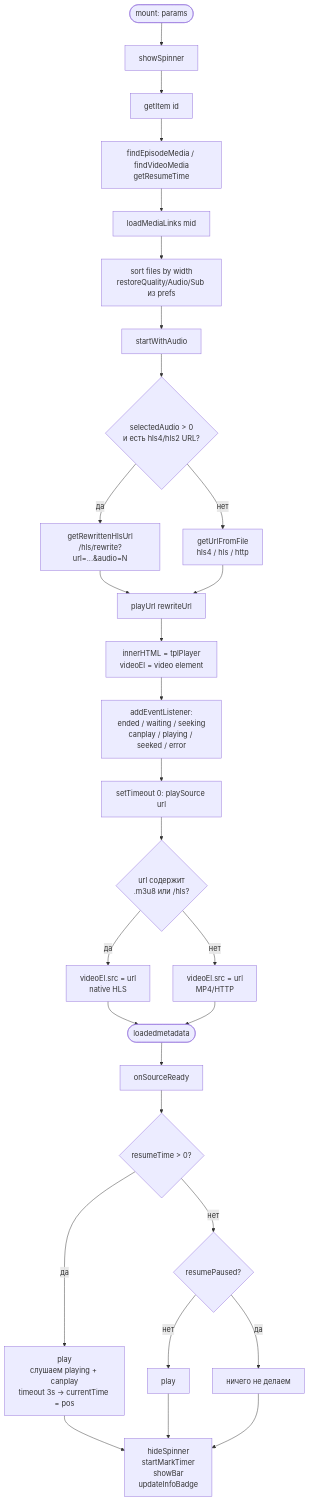
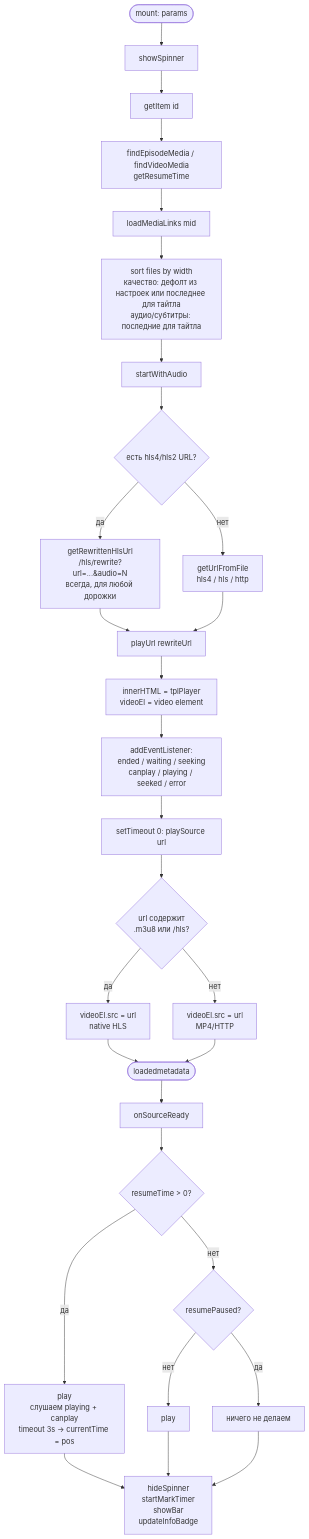
Before and after one commit to stdray/yobapub: the first of 6 diagrams in doc/player-flow.md, drawn with Mermaid. The commit also changed other lines of this file and 1 other file, not shown here.

Commit message:
fix(front): always route HLS through /hls/rewrite regardless of audio index

````diff
--- a/doc/player-flow.md
+++ b/doc/player-flow.md
@@ -5,37 +5,37 @@
 ```mermaid
 flowchart TD
     A([mount: params]) --> B[showSpinner]
     B --> C[getItem id]
     C --> D[findEpisodeMedia / findVideoMedia\ngetResumeTime]
     D --> E[loadMediaLinks mid]
-    E --> F[sort files by width\nrestoreQuality/Audio/Sub из prefs]
+    E --> F[sort files by width\nкачество: дефолт из настроек или последнее для тайтла\nаудио/субтитры: последние для тайтла]
     F --> G[startWithAudio]
 
-    G --> H{selectedAudio > 0\nи есть hls4/hls2 URL?}
-    H -- да --> I[getRewrittenHlsUrl\n/hls/rewrite?url=...&audio=N]
+    G --> H{есть hls4/hls2 URL?}
+    H -- да --> I[getRewrittenHlsUrl\n/hls/rewrite?url=...&audio=N\nвсегда, для любой дорожки]
     H -- нет --> J[getUrlFromFile\nhls4 / hls / http]
     I --> K[playUrl rewriteUrl]
     J --> K
 
     K --> L[innerHTML = tplPlayer\nvideoEl = video element]
     L --> M[addEventListener:\nended / waiting / seeking\ncanplay / playing / seeked / error]
     M --> N[setTimeout 0: playSource url]
 
     N --> O{url содержит\n.m3u8 или /hls?}
     O -- да --> P[videoEl.src = url\nnative HLS]
     O -- нет --> Q[videoEl.src = url\nMP4/HTTP]
     P --> R([loadedmetadata])
     Q --> R
 
     R --> S[onSourceReady]
 
     S --> T{resumeTime > 0?}
     T -- да --> U[play\nслушаем playing + canplay\ntimeout 3s → currentTime = pos]
     T -- нет --> V{resumePaused?}
     V -- нет --> W[play]
     V -- да --> X[ничего не делаем]
 
     U --> Y[hideSpinner\nstartMarkTimer\nshowBar\nupdateInfoBadge]
     W --> Y
     X --> Y
 ```
````
